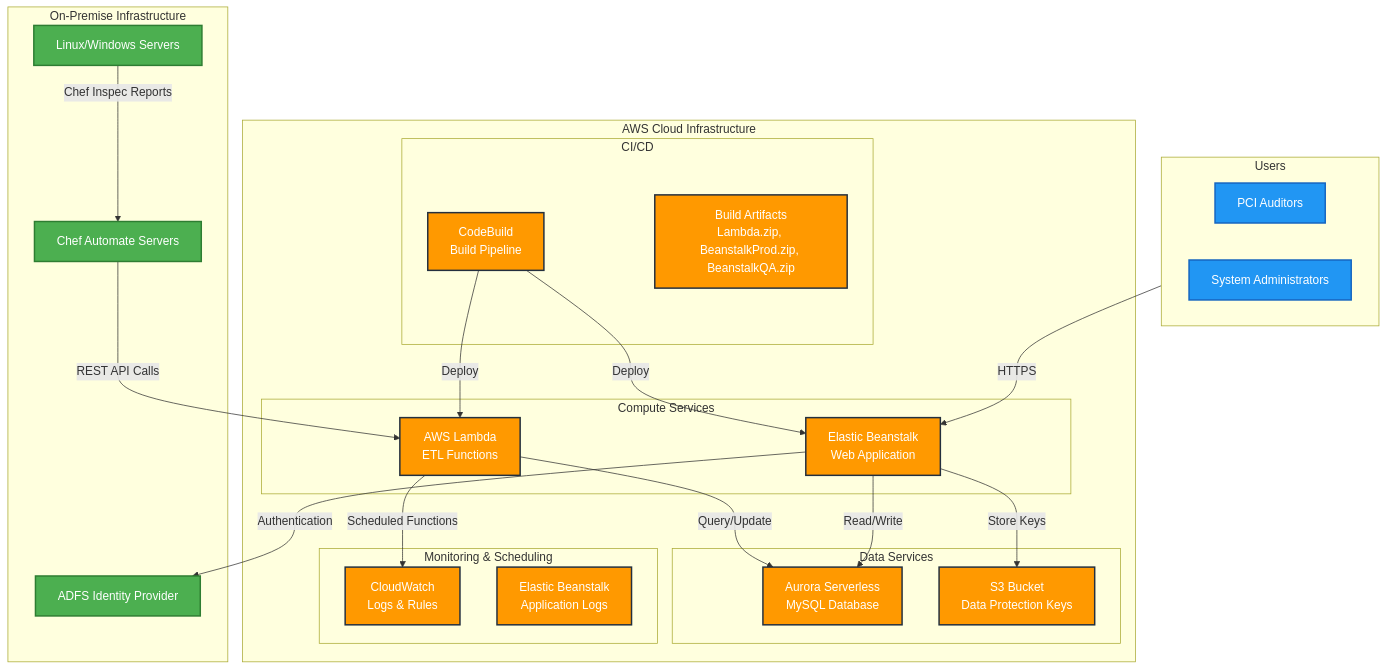
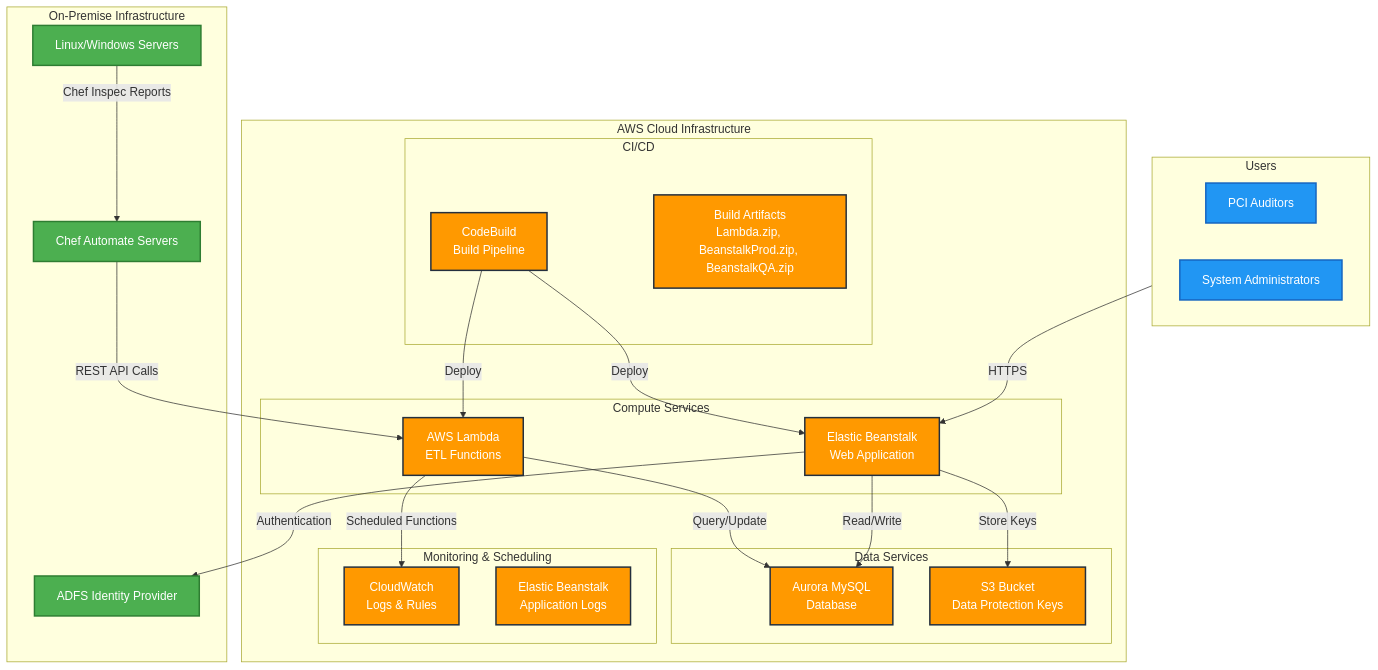
The first of 5 diagrams in AWS_Architecture_Diagram.md (csg-i/assetcompliancetracker), drawn with Mermaid before and after one commit. The commit also changed other lines of this file and 1 other file, not shown here.

First line of the commit message:
Fix: Correct database references from Aurora Serverless to Aurora MySQL

````diff
--- a/AWS_Architecture_Diagram.md
+++ b/AWS_Architecture_Diagram.md
@@ -5,57 +5,57 @@
 ```mermaid
 graph TB
     subgraph "On-Premise Infrastructure"
         Chef[Chef Automate Servers]
         Servers[Linux/Windows Servers]
         ADFS[ADFS Identity Provider]
     end
 
     subgraph "AWS Cloud Infrastructure"
         subgraph "Compute Services"
             EB[Elastic Beanstalk<br/>Web Application]
             Lambda[AWS Lambda<br/>ETL Functions]
         end
 
         subgraph "Data Services"
-            Aurora[Aurora Serverless<br/>MySQL Database]
+            Aurora[Aurora MySQL<br/>Database]
             S3[S3 Bucket<br/>Data Protection Keys]
         end
 
         subgraph "Monitoring & Scheduling"
             CW[CloudWatch<br/>Logs & Rules]
             EB_Logs[Elastic Beanstalk<br/>Application Logs]
         end
 
         subgraph "CI/CD"
             CB[CodeBuild<br/>Build Pipeline]
             Artifacts[Build Artifacts<br/>Lambda.zip, BeanstalkProd.zip, BeanstalkQA.zip]
         end
     end
 
     subgraph "Users"
         Auditors[PCI Auditors]
         Admins[System Administrators]
     end
 
     %% Data Flow
     Servers -->|Chef Inspec Reports| Chef
     Chef -->|REST API Calls| Lambda
     Lambda -->|Query/Update| Aurora
     Lambda -->|Scheduled Functions| CW
     EB -->|Read/Write| Aurora
     EB -->|Store Keys| S3
     EB -->|Authentication| ADFS
     
     Users -->|HTTPS| EB
     CB -->|Deploy| EB
     CB -->|Deploy| Lambda
     
     %% Styling
     classDef aws fill:#ff9900,stroke:#232f3e,stroke-width:2px,color:#fff
     classDef onprem fill:#4CAF50,stroke:#2E7D32,stroke-width:2px,color:#fff
     classDef users fill:#2196F3,stroke:#1565C0,stroke-width:2px,color:#fff
     
     class EB,Lambda,Aurora,S3,CW,CB,Artifacts,EB_Logs aws
     class Chef,Servers,ADFS onprem
     class Auditors,Admins users
 ```
````
